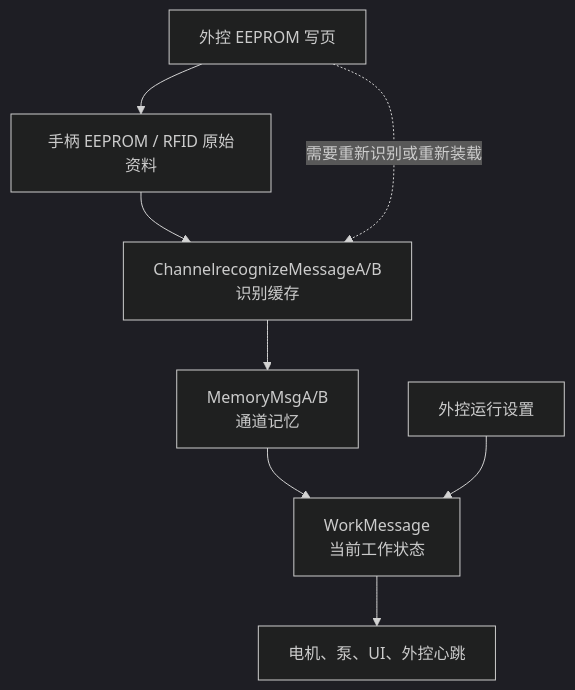
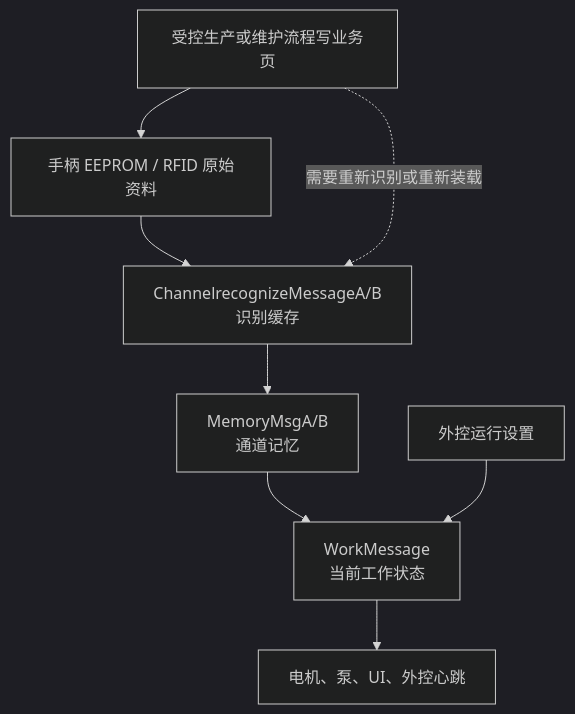
The sixth of 14 diagrams in docs/软件说明手册.md (HW9711/EH-main), drawn with Mermaid (dark theme) before and after one commit. The commit also changed other lines of this file and 1 other file, not shown here.

````diff
--- a/docs/软件说明手册.md
+++ b/docs/软件说明手册.md
@@ -924,10 +927,10 @@
 ```mermaid
 flowchart TD
     E["手柄 EEPROM / RFID 原始资料"] --> R["ChannelrecognizeMessageA/B\n识别缓存"]
     R --> M["MemoryMsgA/B\n通道记忆"]
     M --> W["WorkMessage\n当前工作状态"]
     W --> O["电机、泵、UI、外控心跳"]
     H["外控运行设置"] --> W
-    P["外控 EEPROM 写页"] --> E
+    P["受控生产或维护流程写业务页"] --> E
     P -.->|"需要重新识别或重新装载"| R
 ```
````
